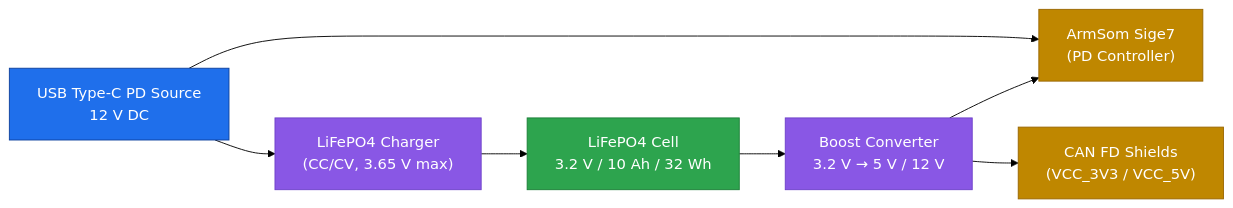
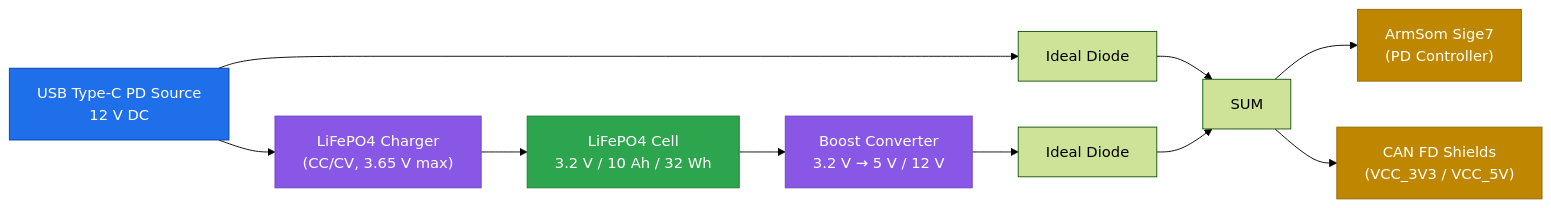
One commit to sdyspb/can-fd-logger changed the diagram in hardware/schematics/power.md. Above: the diagram before and after it, drawn with Mermaid (forest theme).

````diff
--- a/hardware/schematics/power.md
+++ b/hardware/schematics/power.md
@@ -41,19 +41,23 @@
 ```mermaid
 flowchart LR
-    PD["USB Type-C PD Source<br/>12 V DC"] --> SBC["ArmSom Sige7<br/>(PD Controller)"]
+    PD["USB Type-C PD Source<br/>12 V DC"] --> ID1["Ideal Diode"]
+    ID1 --> SUM
+
     PD --> CHG["LiFePO4 Charger<br/>(CC/CV, 3.65 V max)"]
     CHG --> BATT["LiFePO4 Cell<br/>3.2 V / 10 Ah / 32 Wh"]
     BATT --> BOOST["Boost Converter<br/>3.2 V → 5 V / 12 V"]
-    BOOST --> SBC
-    BOOST --> SHIELDS["CAN FD Shields<br/>(VCC_3V3 / VCC_5V)"]
+    BOOST --> ID2["Ideal Diode"]
+    ID2 --> SUM
+    SUM --> SBC["ArmSom Sige7<br/>(PD Controller)"]
+    SUM --> SHIELDS["CAN FD Shields<br/>(VCC_3V3 / VCC_5V)"]
 
     classDef source fill:#1f6feb,stroke:#0d419d,color:#fff
     classDef storage fill:#2da44e,stroke:#1a7f37,color:#fff
     classDef conv fill:#8957e5,stroke:#6e40c9,color:#fff
     classDef load fill:#bf8700,stroke:#9a6700,color:#fff
 
     class PD source
     class BATT storage
     class CHG,BOOST conv
     class SBC,SHIELDS load
 ```
````
